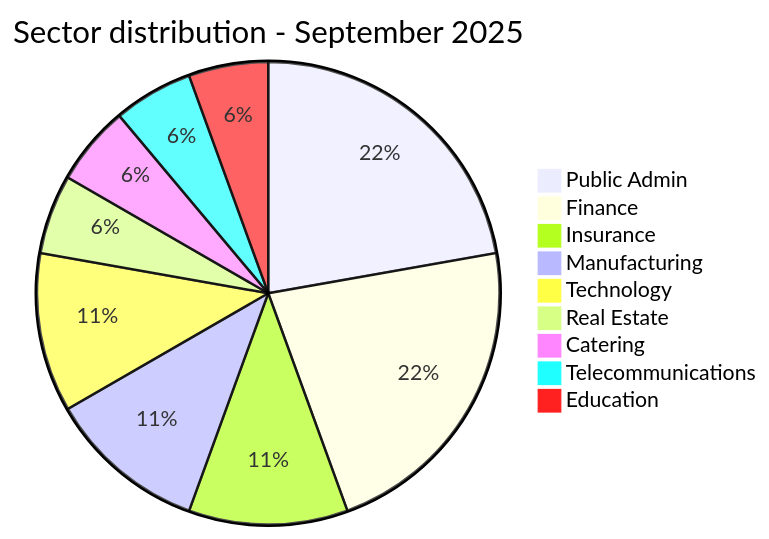
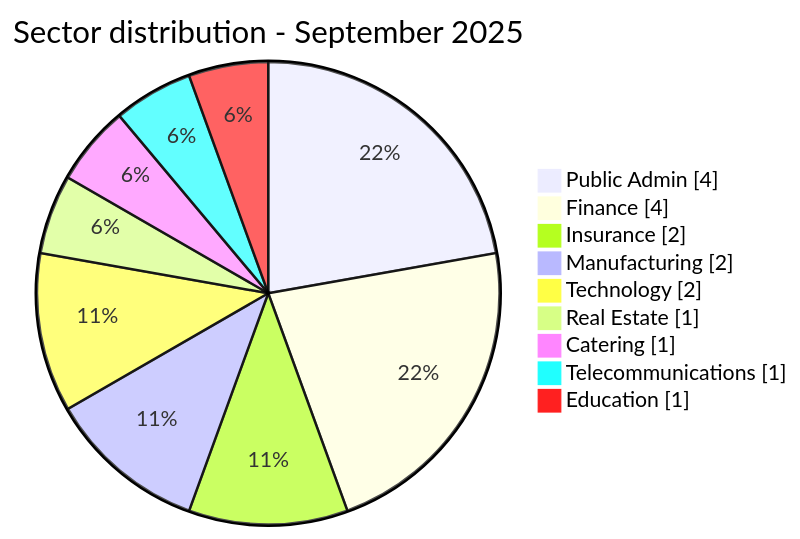
One commit to Hatchepsoute/AFRINTEL changed the first of 5 diagrams in CyberAttackAfrica/2025/09-september/README.md. Above: the diagram before and after it, drawn with Mermaid. The commit also changed other lines of this file and 182 other files, not shown here.

````diff
--- a/CyberAttackAfrica/2025/09-september/README.md
+++ b/CyberAttackAfrica/2025/09-september/README.md
@@ -72,12 +70,13 @@
 ```mermaid
-pie title Sector distribution - September 2025
+pie showData
+    title Sector distribution - September 2025
     "Public Admin" : 4
     "Finance" : 4
     "Insurance" : 2
     "Manufacturing" : 2
     "Technology" : 2
     "Real Estate" : 1
     "Catering" : 1
     "Telecommunications" : 1
     "Education" : 1
 ```
````
